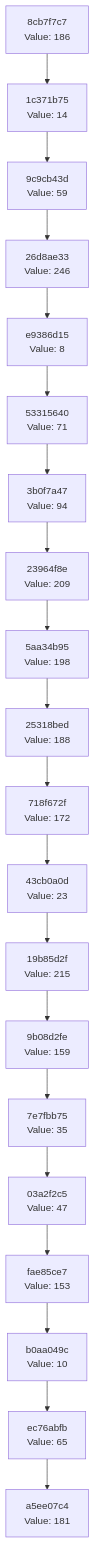
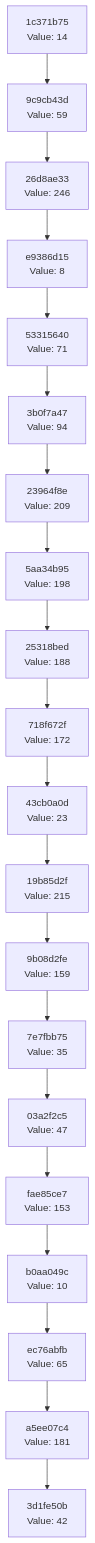
One commit to Abhisheksinha1506/hash-chain-evolver changed the diagram in docs/CHAIN_VISUALIZATION.md. Above: the diagram before and after it, drawn with Mermaid. The commit also changed 3 other files, not shown here.

````diff
--- a/docs/CHAIN_VISUALIZATION.md
+++ b/docs/CHAIN_VISUALIZATION.md
@@ -3,42 +3,42 @@
 ```mermaid
 graph TD
-    C0["a5ee07c4<br/>Value: 181"]
-    C1["ec76abfb<br/>Value: 65"]
+    C0["3d1fe50b<br/>Value: 42"]
+    C1["a5ee07c4<br/>Value: 181"]
     C1 --> C0
-    C2["b0aa049c<br/>Value: 10"]
+    C2["ec76abfb<br/>Value: 65"]
     C2 --> C1
-    C3["fae85ce7<br/>Value: 153"]
+    C3["b0aa049c<br/>Value: 10"]
     C3 --> C2
-    C4["03a2f2c5<br/>Value: 47"]
+    C4["fae85ce7<br/>Value: 153"]
     C4 --> C3
-    C5["7e7fbb75<br/>Value: 35"]
+    C5["03a2f2c5<br/>Value: 47"]
     C5 --> C4
-    C6["9b08d2fe<br/>Value: 159"]
+    C6["7e7fbb75<br/>Value: 35"]
     C6 --> C5
-    C7["19b85d2f<br/>Value: 215"]
+    C7["9b08d2fe<br/>Value: 159"]
     C7 --> C6
-    C8["43cb0a0d<br/>Value: 23"]
+    C8["19b85d2f<br/>Value: 215"]
     C8 --> C7
-    C9["718f672f<br/>Value: 172"]
+    C9["43cb0a0d<br/>Value: 23"]
     C9 --> C8
-    C10["25318bed<br/>Value: 188"]
+    C10["718f672f<br/>Value: 172"]
     C10 --> C9
-    C11["5aa34b95<br/>Value: 198"]
+    C11["25318bed<br/>Value: 188"]
     C11 --> C10
-    C12["23964f8e<br/>Value: 209"]
+    C12["5aa34b95<br/>Value: 198"]
     C12 --> C11
-    C13["3b0f7a47<br/>Value: 94"]
+    C13["23964f8e<br/>Value: 209"]
     C13 --> C12
-    C14["53315640<br/>Value: 71"]
+    C14["3b0f7a47<br/>Value: 94"]
     C14 --> C13
-    C15["e9386d15<br/>Value: 8"]
+    C15["53315640<br/>Value: 71"]
     C15 --> C14
-    C16["26d8ae33<br/>Value: 246"]
+    C16["e9386d15<br/>Value: 8"]
     C16 --> C15
-    C17["9c9cb43d<br/>Value: 59"]
+    C17["26d8ae33<br/>Value: 246"]
     C17 --> C16
-    C18["1c371b75<br/>Value: 14"]
+    C18["9c9cb43d<br/>Value: 59"]
     C18 --> C17
-    C19["8cb7f7c7<br/>Value: 186"]
+    C19["1c371b75<br/>Value: 14"]
     C19 --> C18
 ```
````
